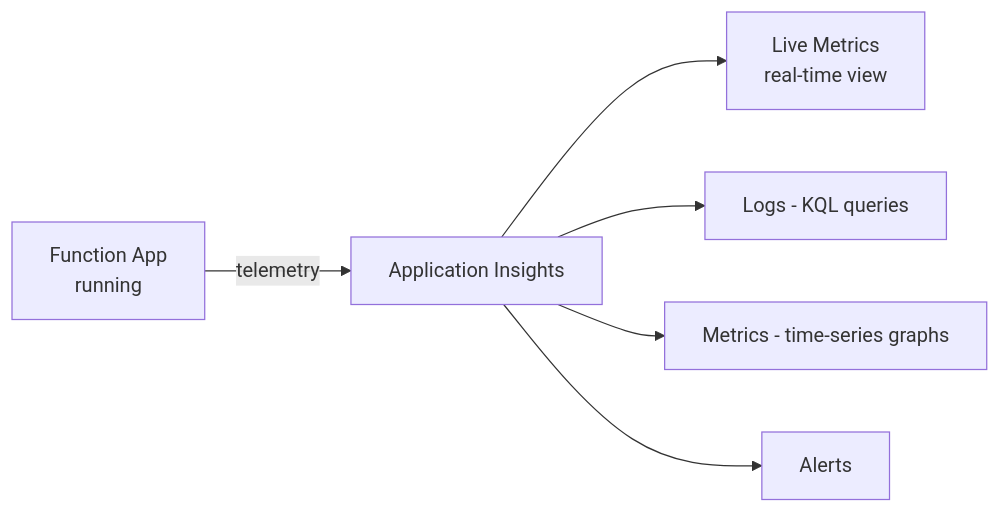
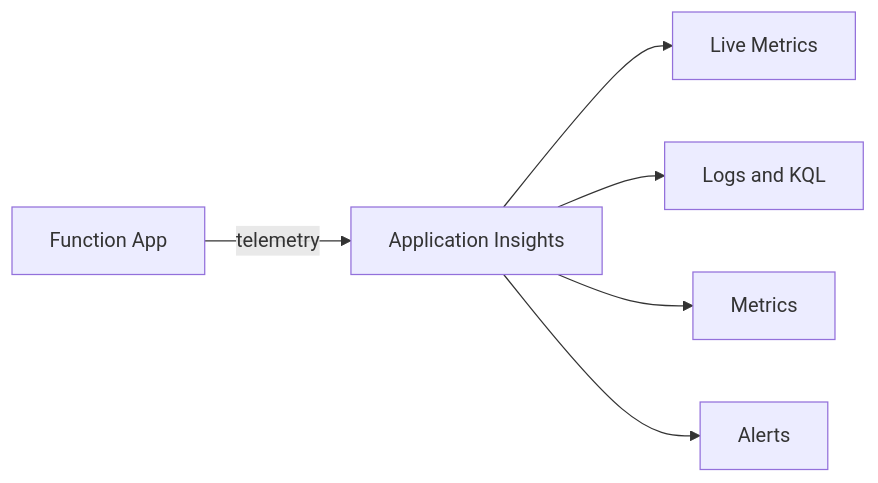
One commit to yeongseon-books/book-content changed the first of 2 diagrams in azure-functions-101/en/07-monitoring-and-ops.md. Above: the diagram before and after it, drawn with Mermaid. The commit also changed other lines of this file and 42 other files, not shown here.

First line of the commit message:
fix: 오라클 리뷰 반영 — Functions 101/Deep Dive 사실관계·톤·다이어그램 정리, App Service 101 ko/en 재구조화

````diff
--- a/azure-functions-101/en/07-monitoring-and-ops.md
+++ b/azure-functions-101/en/07-monitoring-and-ops.md
@@ -54,8 +41,8 @@
 ```mermaid
 flowchart LR
-    Func[Function App<br/>running] -- telemetry --> AI[Application Insights]
-    AI --> LM[Live Metrics<br/>real-time view]
-    AI --> KQL[Logs - KQL queries]
-    AI --> Met[Metrics - time-series graphs]
-    AI --> Alert[Alerts]
+    Func[Function App] -- telemetry --> AI[Application Insights]
+    AI --> LM[Live Metrics]
+    AI --> Logs[Logs and KQL]
+    AI --> Met[Metrics]
+    AI --> Alerts[Alerts]
 ```
````
